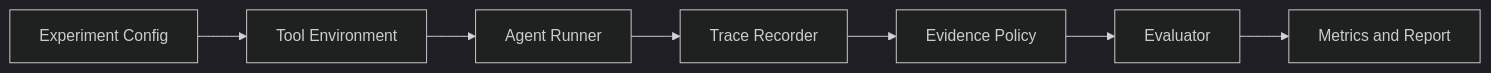
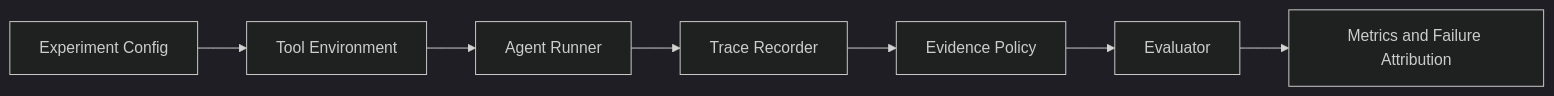
The diagram in README.md (wmldexgenban/tool-agent-reliability-eval), drawn with Mermaid (dark theme) before and after one commit. The commit also changed other lines of this file and 10 other files, not shown here.

````diff
--- a/README.md
+++ b/README.md
@@ -25,9 +59,9 @@
 ```mermaid
 flowchart LR
     A[Experiment Config] --> B[Tool Environment]
     B --> C[Agent Runner]
     C --> D[Trace Recorder]
     D --> E[Evidence Policy]
     E --> F[Evaluator]
-    F --> G[Metrics and Report]
+    F --> G[Metrics and Failure Attribution]
 ```
````
